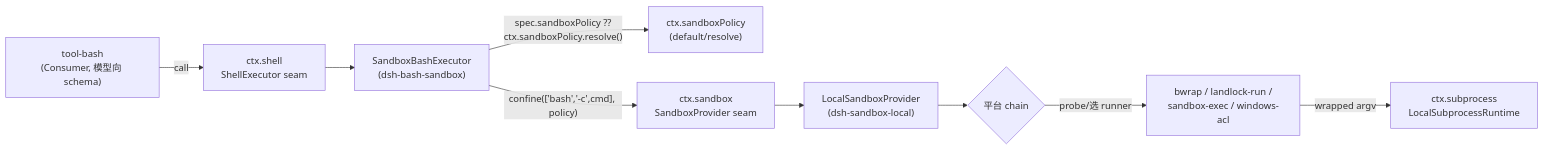
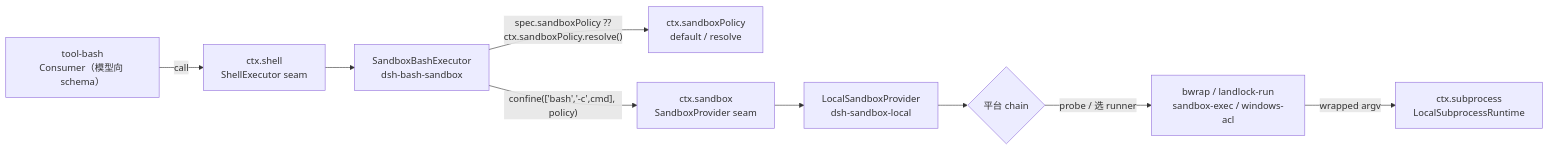
One commit to morehao/oss-insights changed the first of 4 diagrams in ai-agent/deepseek-harness/sandbox-capability-seams.md. Above: the diagram before and after it, drawn with Mermaid. The commit also changed other lines of this file and 27 other files, not shown here.

````diff
--- a/ai-agent/deepseek-harness/sandbox-capability-seams.md
+++ b/ai-agent/deepseek-harness/sandbox-capability-seams.md
@@ -203,21 +225,21 @@
 ```mermaid
 flowchart LR
-  TB["tool-bash\n(Consumer, 模型向 schema)"]
-  SE["ctx.shell\nShellExecutor seam"]
-  SBE["SandboxBashExecutor\n(dsh-bash-sandbox)"]
-  SP["ctx.sandboxPolicy\n(default/resolve)"]
-  SX["ctx.sandbox\nSandboxProvider seam"]
-  LOC["LocalSandboxProvider\n(dsh-sandbox-local)"]
+  TB["tool-bash<br>Consumer（模型向 schema）"]
+  SE["ctx.shell<br>ShellExecutor seam"]
+  SBE["SandboxBashExecutor<br>dsh-bash-sandbox"]
+  SP["ctx.sandboxPolicy<br>default / resolve"]
+  SX["ctx.sandbox<br>SandboxProvider seam"]
+  LOC["LocalSandboxProvider<br>dsh-sandbox-local"]
   CHAIN{"平台 chain"}
-  BWRAP["bwrap / landlock-run /\nsandbox-exec / windows-acl"]
-  LSUBP["ctx.subprocess\nLocalSubprocessRuntime"]
+  BWRAP["bwrap / landlock-run<br>sandbox-exec / windows-acl"]
+  LSUBP["ctx.subprocess<br>LocalSubprocessRuntime"]
 
-  TB -->|"call"| SE
+  TB -->|call| SE
   SE --> SBE
-  SBE -->|"spec.sandboxPolicy ??\nctx.sandboxPolicy.resolve()"| SP
+  SBE -->|"spec.sandboxPolicy ??<br>ctx.sandboxPolicy.resolve()"| SP
   SBE -->|"confine(['bash','-c',cmd], policy)"| SX
   SX --> LOC
   LOC --> CHAIN
-  CHAIN -->|"probe/选 runner"| BWRAP
+  CHAIN -->|"probe / 选 runner"| BWRAP
   BWRAP -->|"wrapped argv"| LSUBP
 ```
````
